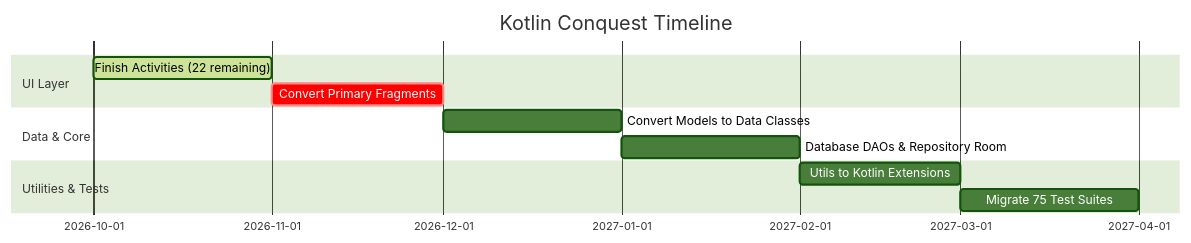
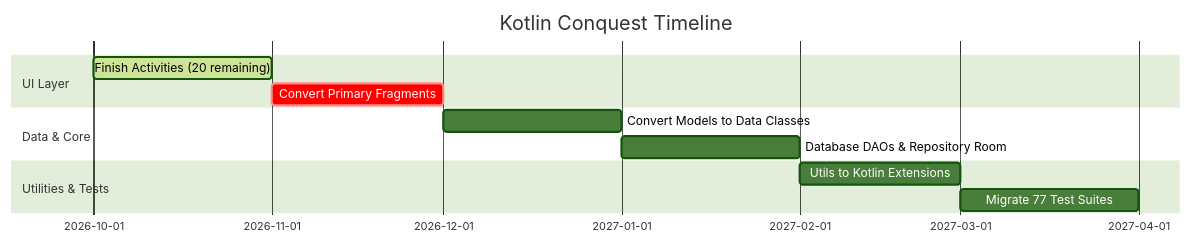
One commit to solomonrajan/cashledger changed the third of 3 diagrams in KOTLIN_MIGRATION_REPORT.md. Above: the diagram before and after it, drawn with Mermaid (forest theme). The commit also changed other lines of this file, not shown here.

````diff
--- a/KOTLIN_MIGRATION_REPORT.md
+++ b/KOTLIN_MIGRATION_REPORT.md
@@ -278,14 +280,14 @@
 ```mermaid
 gantt
     title Kotlin Conquest Timeline
     dateFormat  YYYY-MM
     section UI Layer
-    Finish Activities (22 remaining) :active, act1, 2026-10, 2026-11
+    Finish Activities (20 remaining) :active, act1, 2026-10, 2026-11
     Convert Primary Fragments        :crit, act2, 2026-11, 2026-12
     section Data & Core
     Convert Models to Data Classes   :act3, 2026-12, 2027-01
     Database DAOs & Repository Room  :act4, 2027-01, 2027-02
     section Utilities & Tests
     Utils to Kotlin Extensions       :act5, 2027-02, 2027-03
-    Migrate 75 Test Suites           :act6, 2027-03, 2027-04
+    Migrate 77 Test Suites           :act6, 2027-03, 2027-04
 ```
````
